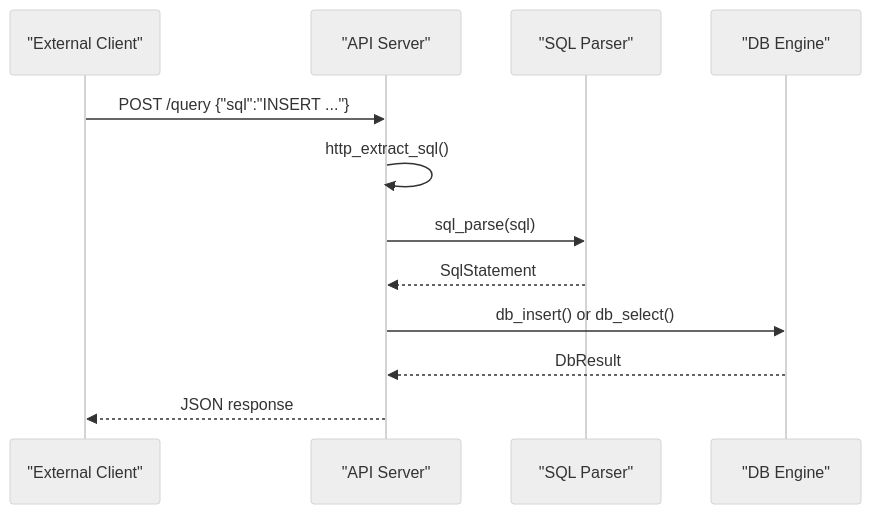
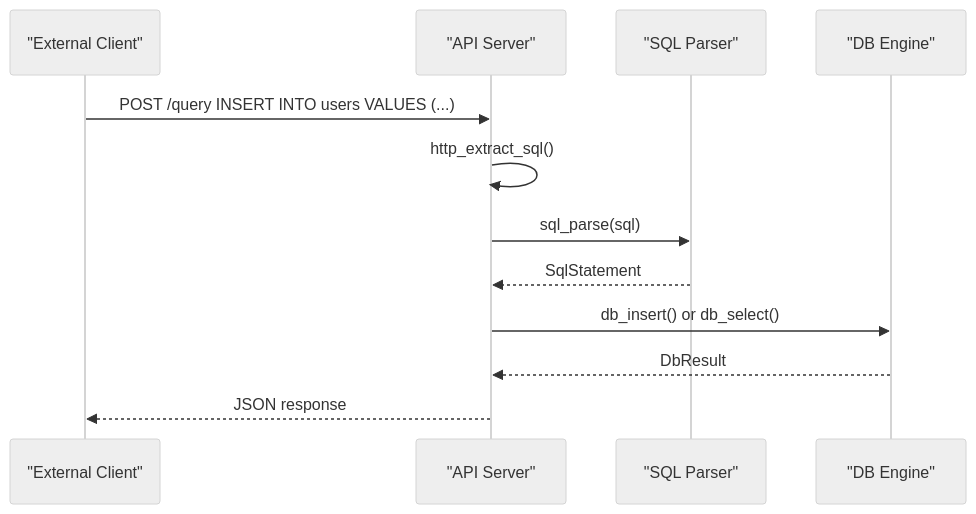
Before and after one commit to KFJG-Week8/TRYO: the sixth of 6 diagrams in README.md, drawn with Mermaid (neutral theme). The commit also changed other lines of this file and 14 other files, not shown here.

Commit message:
Support raw SQL query input

````diff
--- a/README.md
+++ b/README.md
@@ -170,15 +170,15 @@
 ```mermaid
 sequenceDiagram
     participant Client as "External Client"
     participant API as "API Server"
     participant SQL as "SQL Parser"
     participant DB as "DB Engine"
 
-    Client->>API: POST /query {"sql":"INSERT ..."}
+    Client->>API: POST /query INSERT INTO users VALUES (...)
     API->>API: http_extract_sql()
     API->>SQL: sql_parse(sql)
     SQL-->>API: SqlStatement
     API->>DB: db_insert() or db_select()
     DB-->>API: DbResult
     API-->>Client: JSON response
 ```
````
